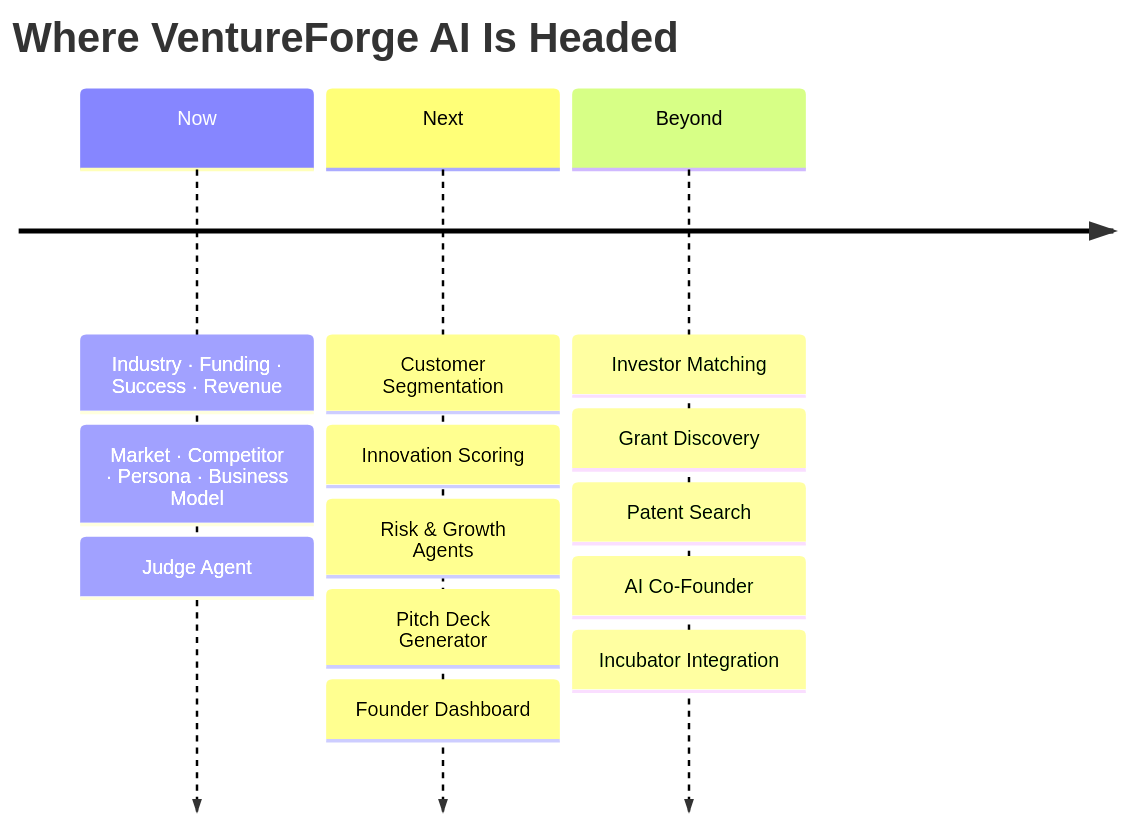
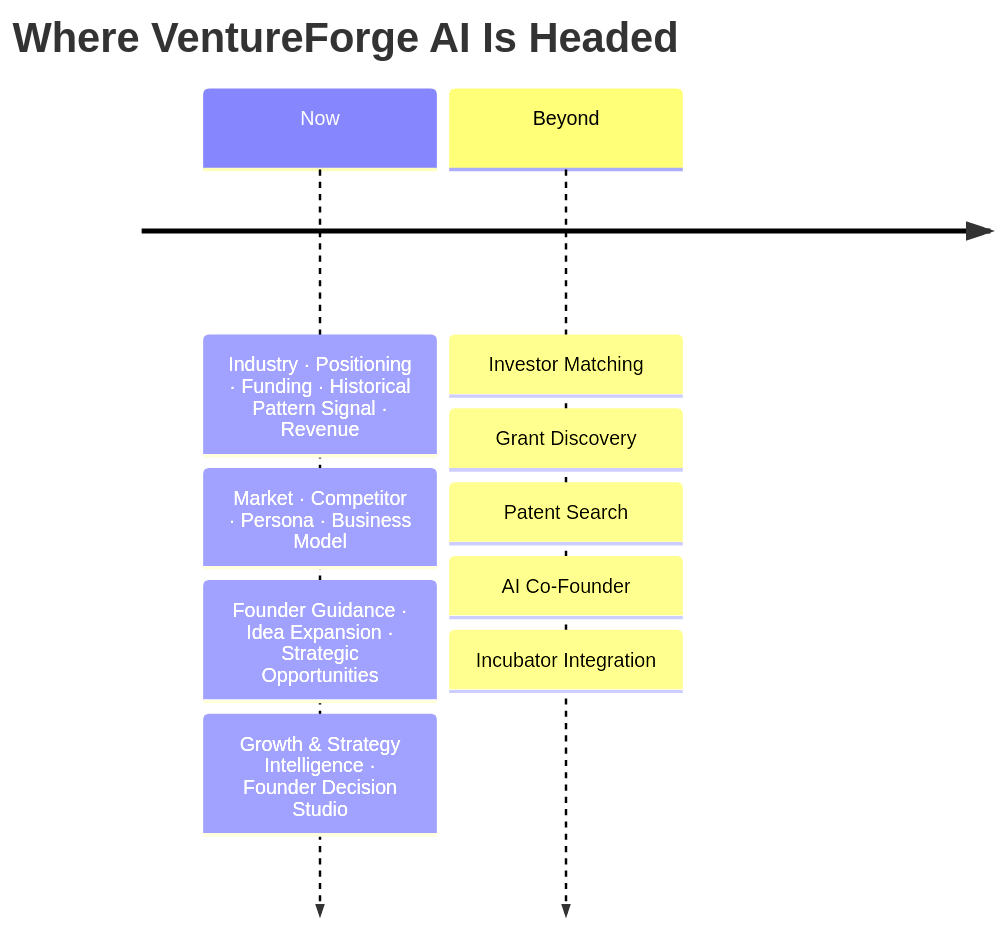
The fourth of 4 diagrams in README.md (DivyaShreeS09/VentureForge-AI), drawn with Mermaid before and after one commit. The commit also changed other lines of this file and 148 other files, not shown here.

Commit message:
Add founder guidance, idea expansion, strategic opportunities, decision studio, and growth intelligence

````diff
--- a/README.md
+++ b/README.md
@@ -260,7 +284,6 @@
 ```mermaid
 timeline
     title Where VentureForge AI Is Headed
-    Now : Industry · Funding · Success · Revenue : Market · Competitor · Persona · Business Model : Judge Agent
-    Next : Customer Segmentation : Innovation Scoring : Risk & Growth Agents : Pitch Deck Generator : Founder Dashboard
+    Now : Industry · Positioning · Funding · Historical Pattern Signal · Revenue : Market · Competitor · Persona · Business Model : Founder Guidance · Idea Expansion · Strategic Opportunities : Growth & Strategy Intelligence · Founder Decision Studio
     Beyond : Investor Matching : Grant Discovery : Patent Search : AI Co-Founder : Incubator Integration
 ```
````
